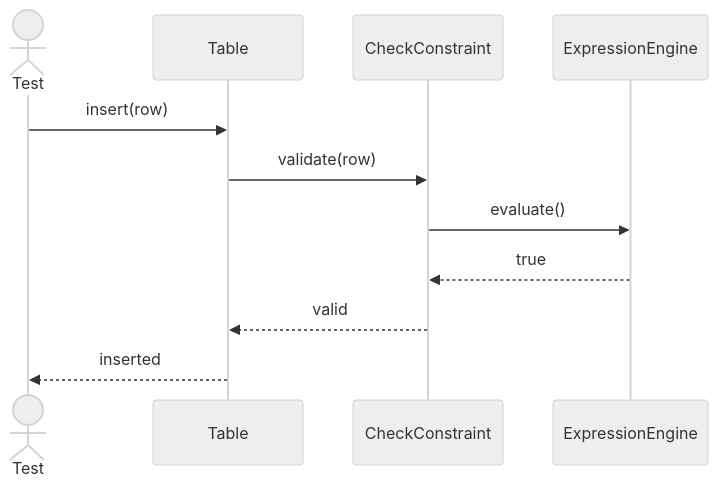
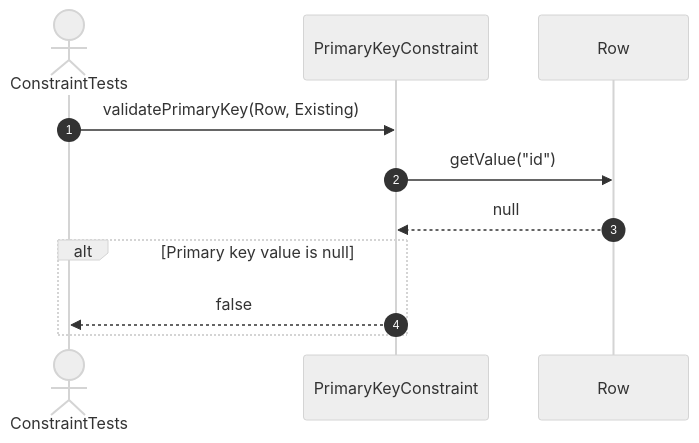
One commit to FhuAnn/-bbv-AN-s-DBMS changed the sixth of 16 diagrams in src/tests/unit/metadata/sequences/constraint-testing.se.md. Above: the diagram before and after it, drawn with Mermaid (neutral theme). The commit also changed other lines of this file and 60 other files, not shown here.

Commit message:
refactor data table, row, column, constraint, index test file

````diff
--- a/src/tests/unit/metadata/sequences/constraint-testing.se.md
+++ b/src/tests/unit/metadata/sequences/constraint-testing.se.md
@@ -95,19 +91,15 @@
 ```mermaid
 sequenceDiagram
-actor Test
-participant Table
-participant CheckConstraint
-participant ExpressionEngine
+    autonumber
+    actor Test as ConstraintTests
+    participant PK as PrimaryKeyConstraint
+    participant Row as Row
 
-Test->>Table: insert(row)
+    Test->>PK: validatePrimaryKey(Row, Existing)
+    PK->>Row: getValue("id")
+    Row-->>PK: null
 
-Table->>CheckConstraint: validate(row)
-
-CheckConstraint->>ExpressionEngine: evaluate()
-
-ExpressionEngine-->>CheckConstraint: true
-
-CheckConstraint-->>Table: valid
-
-Table-->>Test: inserted
+    alt Primary key value is null
+        PK-->>Test: false
+    end
 ```
````
